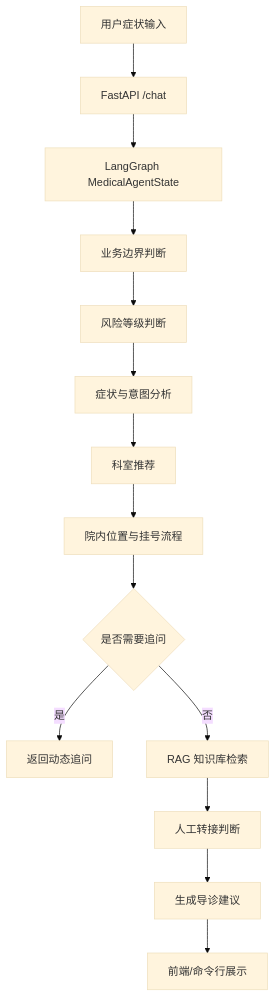
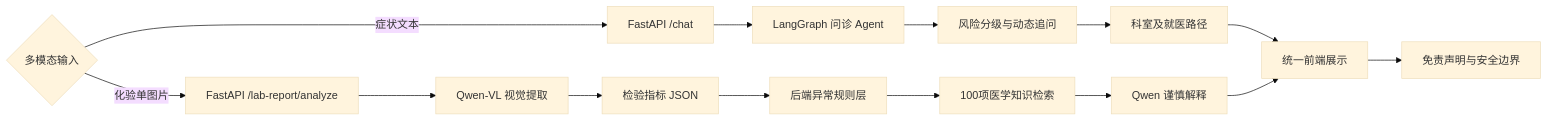
The diagram in README.md (3289960996-hub/MedicalAgent), drawn with Mermaid (base theme) before and after one commit. The commit also changed other lines of this file, not shown here.

Commit message:
Highlight multimodal medical agent architecture

````diff
--- a/README.md
+++ b/README.md
@@ -38,16 +59,19 @@
 ```mermaid
-flowchart TD
-    A[用户症状输入] --> B[FastAPI /chat]
-    B --> C[LangGraph MedicalAgentState]
-    C --> D[业务边界判断]
-    D --> E[风险等级判断]
-    E --> F[症状与意图分析]
-    F --> G[科室推荐]
-    G --> H[院内位置与挂号流程]
-    H --> I{是否需要追问}
-    I -- 是 --> J[返回动态追问]
-    I -- 否 --> K[RAG 知识库检索]
-    K --> L[人工转接判断]
-    L --> M[生成导诊建议]
-    M --> N[前端/命令行展示]
+flowchart LR
+    A{多模态输入}
+    A -->|症状文本| B[FastAPI /chat]
+    B --> C[LangGraph 问诊 Agent]
+    C --> D[风险分级与动态追问]
+    D --> E[科室及就医路径]
+
+    A -->|化验单图片| F[FastAPI /lab-report/analyze]
+    F --> G[Qwen-VL 视觉提取]
+    G --> H[检验指标 JSON]
+    H --> I[后端异常规则层]
+    I --> J[100项医学知识检索]
+    J --> K[Qwen 谨慎解释]
+
+    E --> L[统一前端展示]
+    K --> L
+    L --> M[免责声明与安全边界]
 ```
````
